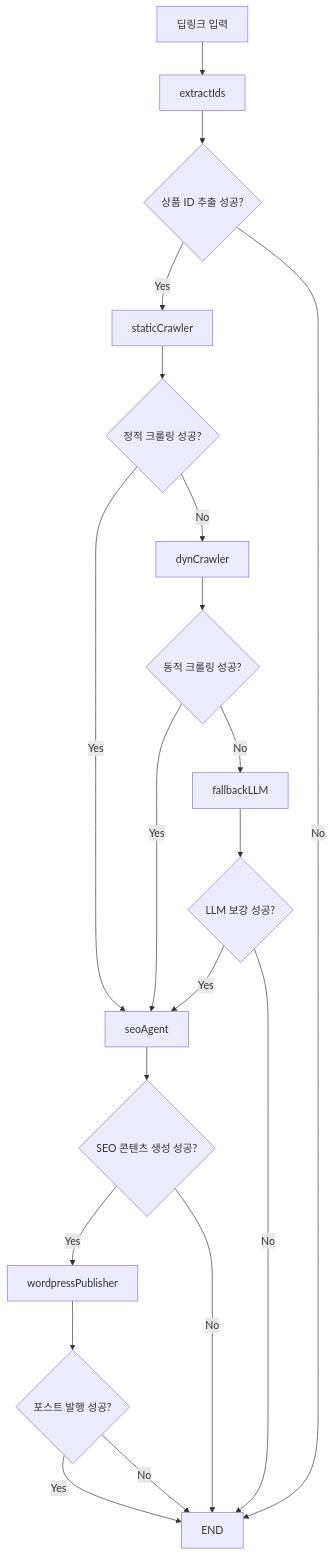
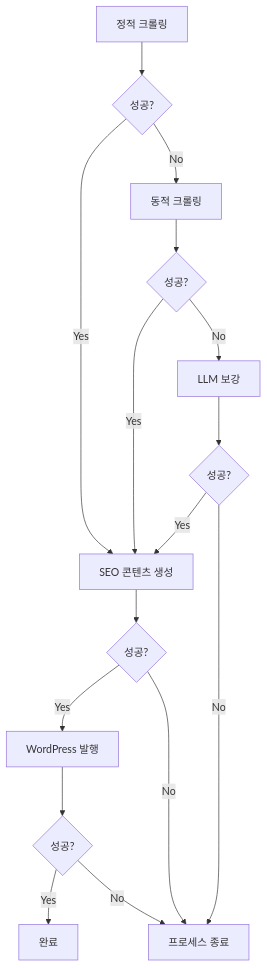
One commit to kjh5848/cp9 changed the fifth of 7 diagrams in README.md. Above: the diagram before and after it, drawn with Mermaid. The commit also changed other lines of this file and 15 other files, not shown here.

````diff
--- a/README.md
+++ b/README.md
@@ -429,22 +303,18 @@
 ```mermaid
 graph TD
-A[딥링크 입력] --> B[extractIds]
-B --> C{상품 ID 추출 성공?}
-C -->|Yes| D[staticCrawler]
-C -->|No| END
-D --> E{정적 크롤링 성공?}
-E -->|Yes| F[seoAgent]
-E -->|No| G[dynCrawler]
-G --> H{동적 크롤링 성공?}
-H -->|Yes| F
-H -->|No| I[fallbackLLM]
-I --> J{LLM 보강 성공?}
-J -->|Yes| F
-J -->|No| END
-F --> K{SEO 콘텐츠 생성 성공?}
-K -->|Yes| L[wordpressPublisher]
-K -->|No| END
-L --> M{포스트 발행 성공?}
-M -->|Yes| END
-M -->|No| END
+A[정적 크롤링] --> B{성공?}
+B -->|Yes| C[SEO 콘텐츠 생성]
+B -->|No| D[동적 크롤링]
+D --> E{성공?}
+E -->|Yes| C
+E -->|No| F[LLM 보강]
+F --> G{성공?}
+G -->|Yes| C
+G -->|No| H[프로세스 종료]
+C --> I{성공?}
+I -->|Yes| J[WordPress 발행]
+I -->|No| H
+J --> K{성공?}
+K -->|Yes| L[완료]
+K -->|No| H
 ```
````
